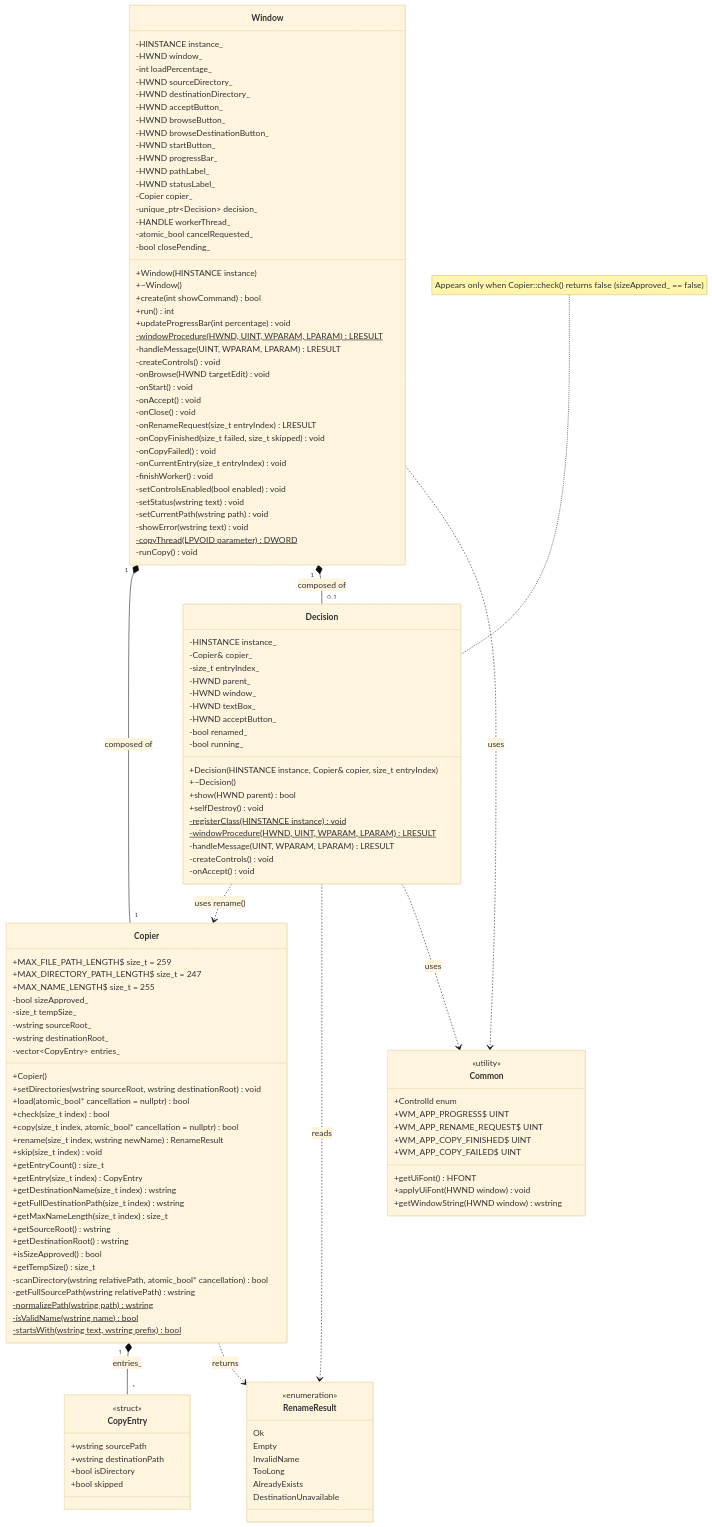
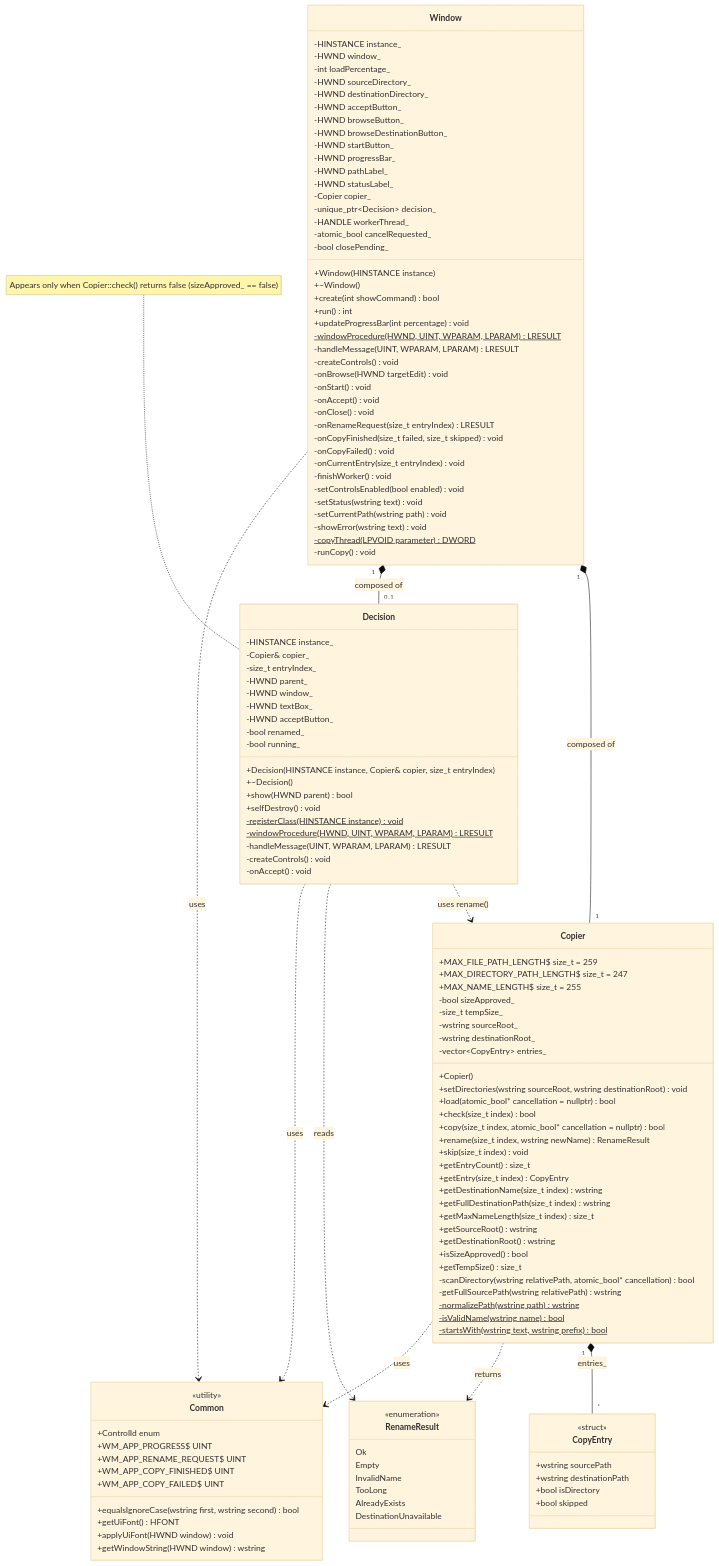
One commit to cristalmirror/fullcopy changed the diagram in docs/class_diagram.md. Above: the diagram before and after it, drawn with Mermaid (base theme). The commit also changed 4 other files, not shown here.

````diff
--- a/docs/class_diagram.md
+++ b/docs/class_diagram.md
@@ -127,6 +127,7 @@
         +WM_APP_RENAME_REQUEST$ UINT
         +WM_APP_COPY_FINISHED$ UINT
         +WM_APP_COPY_FAILED$ UINT
+        +equalsIgnoreCase(wstring first, wstring second) bool
         +getUiFont() HFONT
         +applyUiFont(HWND window) void
         +getWindowString(HWND window) wstring
@@ -140,6 +141,7 @@
     Decision ..> RenameResult : reads
     Window ..> Common : uses
     Decision ..> Common : uses
+    Copier ..> Common : uses
 
     note for Decision "Appears only when Copier::check() returns false (sizeApproved_ == false)"
 ```
````
